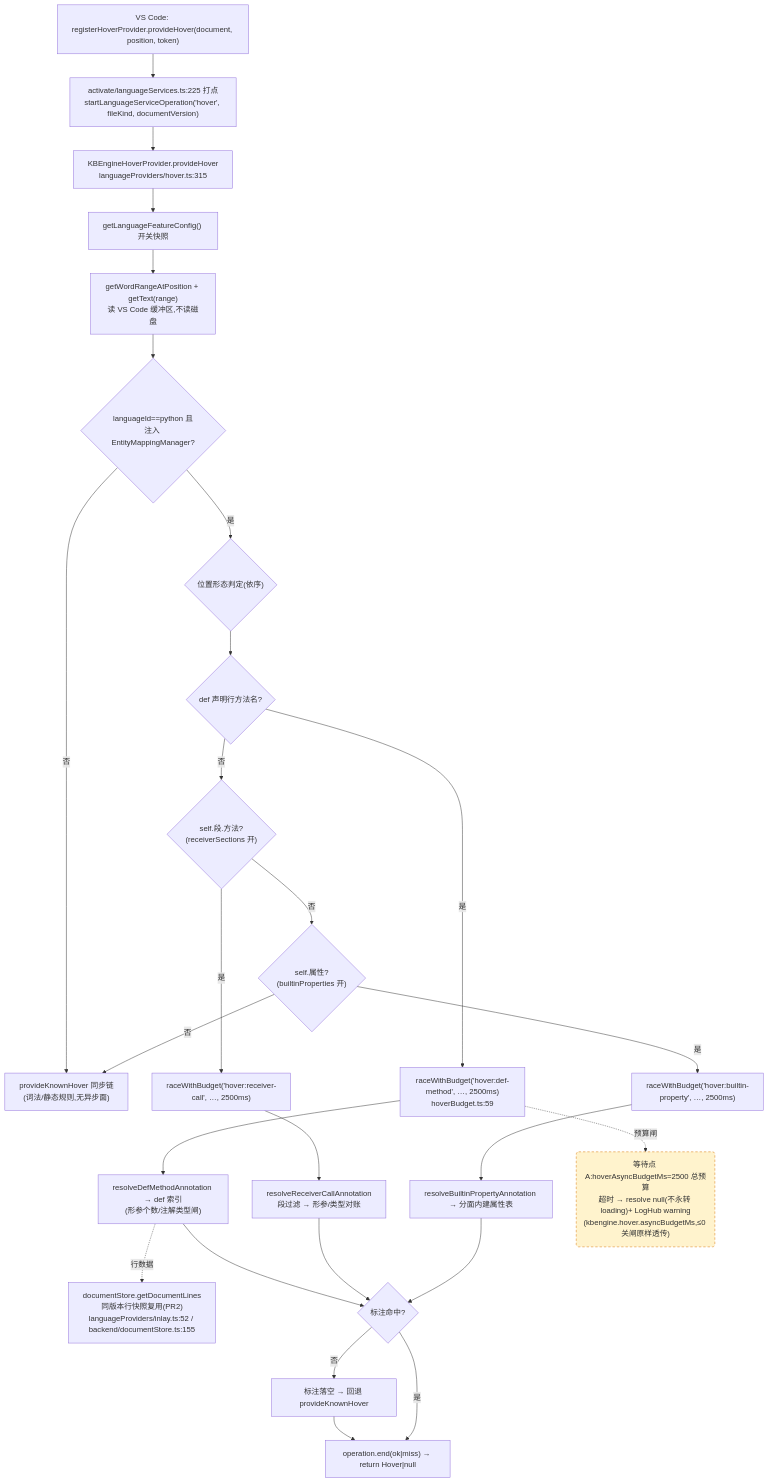
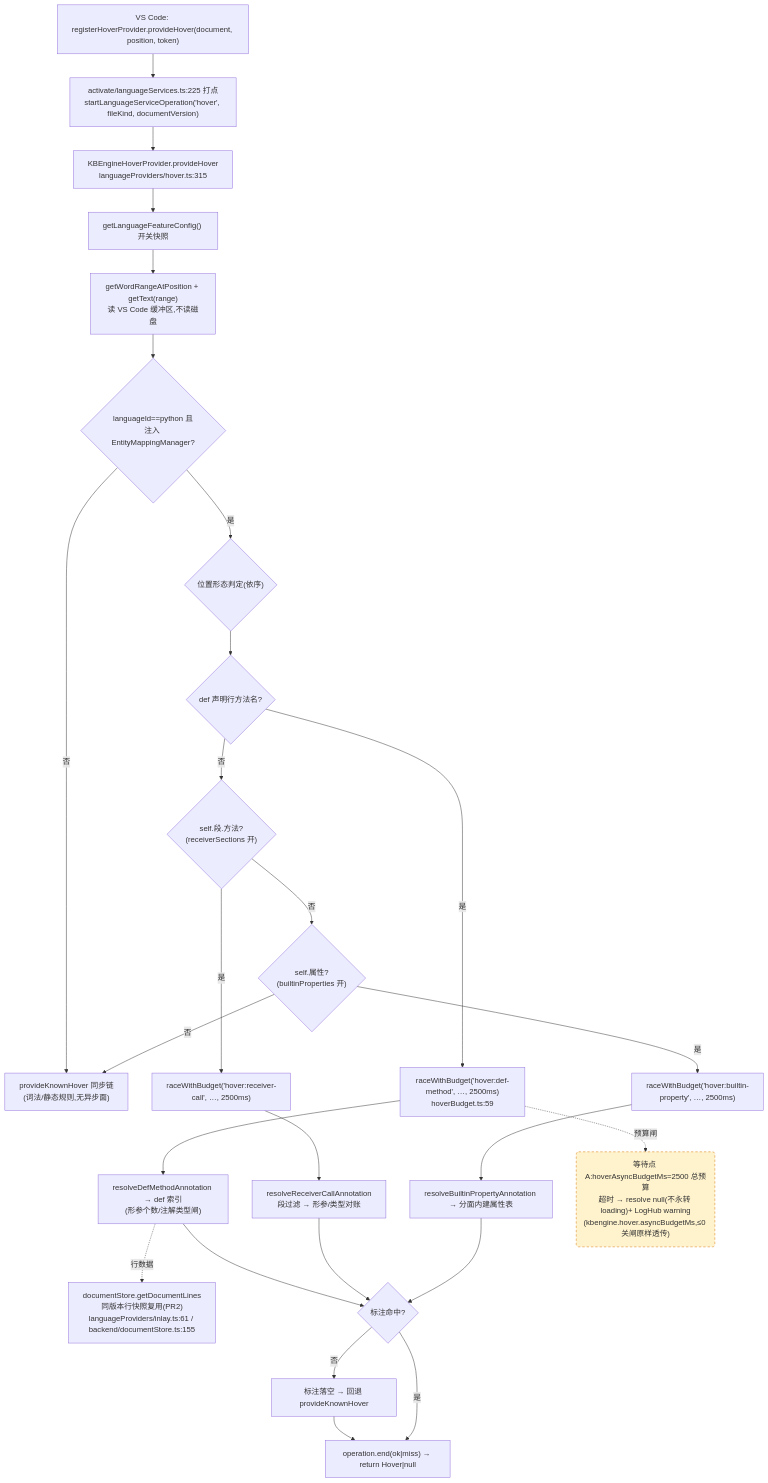
One commit to cuihairu/kode changed the first of 4 diagrams in docs/perf/2026-baseline.md. Above: the diagram before and after it, drawn with Mermaid. The commit also changed other lines of this file and 9 other files, not shown here.

Commit message:
feat: consume cancellation tokens across inlay and code lens providers

````diff
--- a/docs/perf/2026-baseline.md
+++ b/docs/perf/2026-baseline.md
@@ -102,45 +103,45 @@
 ```mermaid
 flowchart TD
   VC1["VS Code: registerHoverProvider.provideHover(document, position, token)"]
   M1["activate/languageServices.ts:225 打点<br/>startLanguageServiceOperation('hover', fileKind, documentVersion)"]
   HP["KBEngineHoverProvider.provideHover<br/>languageProviders/hover.ts:315"]
   CFG["getLanguageFeatureConfig() 开关快照"]
   WORD["getWordRangeAtPosition + getText(range)<br/>读 VS Code 缓冲区,不读磁盘"]
   BR{"languageId==python 且<br/>注入 EntityMappingManager?"}
   KN["provideKnownHover 同步链<br/>(词法/静态规则,无异步面)"]
   POS{"位置形态判定(依序)"}
   D1{"def 声明行方法名?"}
   D2{"self.段.方法?<br/>(receiverSections 开)"}
   D3{"self.属性?<br/>(builtinProperties 开)"}
   RA1["raceWithBudget('hover:def-method', …, 2500ms)<br/>hoverBudget.ts:59"]
   RA2["raceWithBudget('hover:receiver-call', …, 2500ms)"]
   RA3["raceWithBudget('hover:builtin-property', …, 2500ms)"]
   RS1["resolveDefMethodAnnotation → def 索引<br/>(形参个数/注解类型闸)"]
   RS2["resolveReceiverCallAnnotation<br/>段过滤 → 形参/类型对账"]
   RS3["resolveBuiltinPropertyAnnotation → 分面内建属性表"]
-  LINES["documentStore.getDocumentLines<br/>同版本行快照复用(PR2)<br/>languageProviders/inlay.ts:52 / backend/documentStore.ts:155"]
+  LINES["documentStore.getDocumentLines<br/>同版本行快照复用(PR2)<br/>languageProviders/inlay.ts:61 / backend/documentStore.ts:155"]
   MISS["标注落空 → 回退 provideKnownHover"]
   END1["operation.end(ok|miss) → return Hover|null"]
 
   VC1 --> M1 --> HP --> CFG --> WORD --> BR
   BR -- "否" --> KN
   BR -- "是" --> POS --> D1
   D1 -- "是" --> RA1 --> RS1
   D1 -- "否" --> D2
   D2 -- "是" --> RA2 --> RS2
   D2 -- "否" --> D3
   D3 -- "是" --> RA3 --> RS3
   D3 -- "否" --> KN
   RS1 --> HIT{"标注命中?"}
   RS2 --> HIT
   RS3 --> HIT
   RS1 -.->|行数据| LINES
   HIT -- "否" --> MISS --> END1
   HIT -- "是" --> END1
 
   WAITA("等待点 A:hoverAsyncBudgetMs=2500 总预算<br/>超时 → resolve null(不永转 loading)+ LogHub warning<br/>(kbengine.hover.asyncBudgetMs,≤0 关闸原样透传)")
   RA1 -.->|预算闸| WAITA
 
   classDef waitPoint fill:#fff3cd,stroke:#d97706,stroke-dasharray:5 4;
   class WAITA waitPoint;
 ```
````
